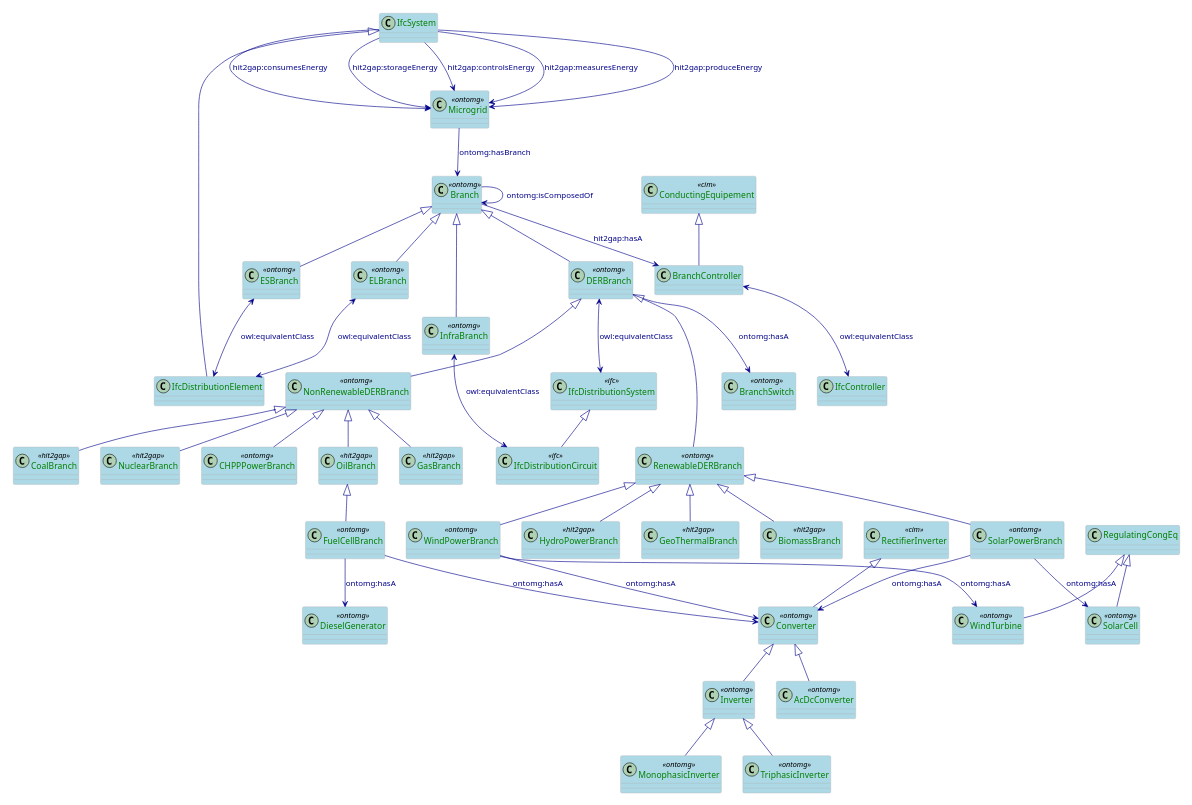
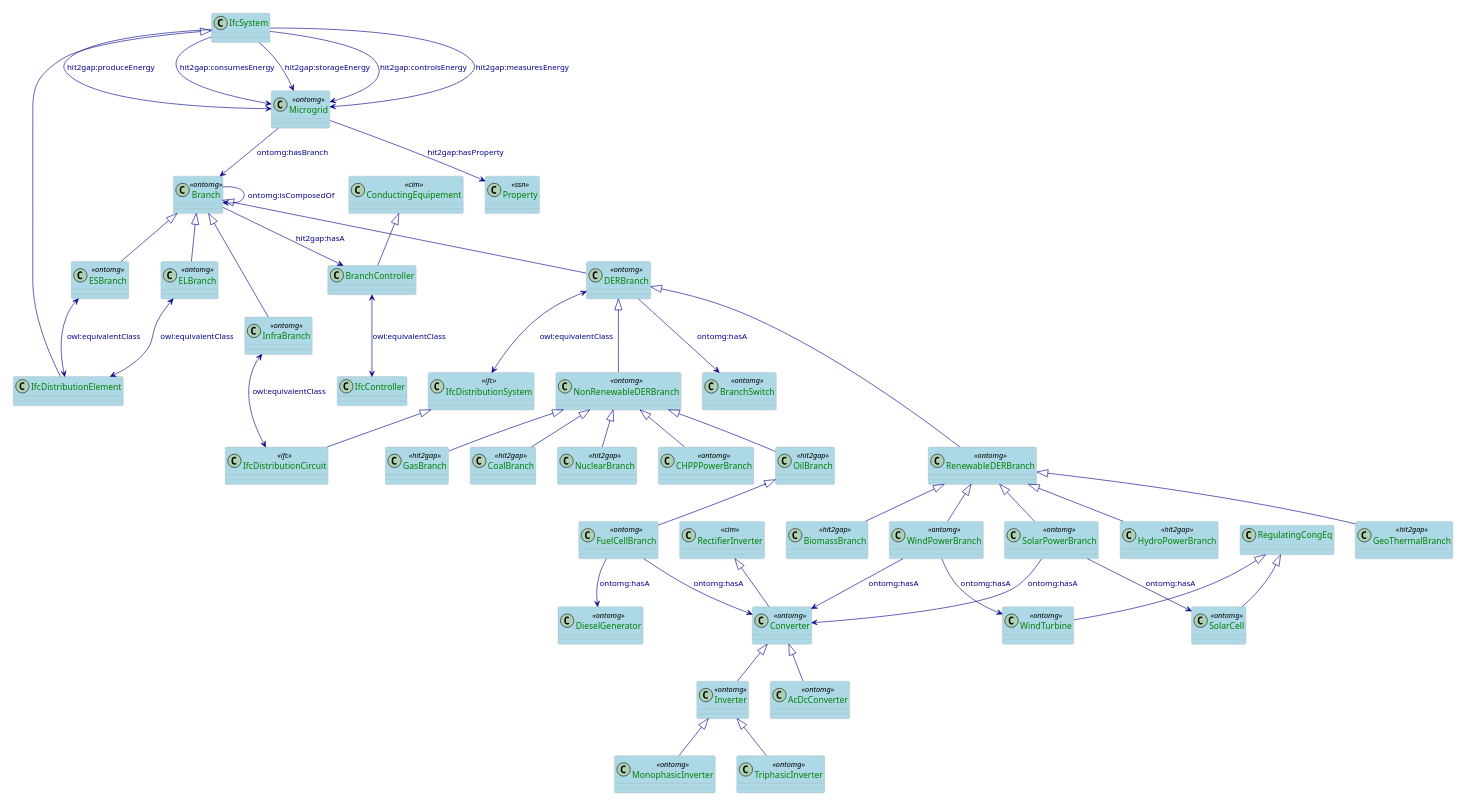
Before and after one commit to HIT2GAP-EU-PROJECT/BEMOnt: the diagram in docs/plantuml/BuildingGridDescription.puml, drawn with PlantUML. The commit also changed 6 other files, not shown here.

```diff
--- a/docs/plantuml/BuildingGridDescription.puml
+++ b/docs/plantuml/BuildingGridDescription.puml
@@ -1,121 +1,125 @@
 @startuml
 
 scale 0.5
 
 skinparam class {
   ArrowColor DarkBlue
   ArrowFontColor DarkBlue
   BackgroundColor LightBlue
   BorderColor DarkGrey
 }
 skinparam stereotypeCBackgroundColor Wheat
 skinparam classAttributeFontColor  Green
 
 /'
   Definition of microgrid part
 '/
 
 class Microgrid <<ontomg>>
 class  Branch <<ontomg>>
 class ESBranch <<ontomg>>
 class DERBranch <<ontomg>>
 class ELBranch <<ontomg>>
 class InfraBranch <<ontomg>>
 
 class BranchSwitch <<ontomg>>
 class NonRenewableDERBranch <<ontomg>>
 class RenewableDERBranch <<ontomg>>
 class SolarPowerBranch <<ontomg>>
 class WindPowerBranch <<ontomg>>
 class Converter <<ontomg>>
 class Inverter <<ontomg>>
 class AcDcConverter <<ontomg>>
 class WindTurbine <<ontomg>>
 class SolarCell <<ontomg>>
 class FuelCellBranch <<ontomg>>
 class CHPPPowerBranch <<ontomg>>
 class DieselGenerator <<ontomg>>
 class MonophasicInverter <<ontomg>>
 class TriphasicInverter <<ontomg>>
 
 class ConductingEquipement <<cim>>
 class RectifierInverter <<cim>>
 
 class HydroPowerBranch <<hit2gap>>
 class GeoThermalBranch <<hit2gap>>
 class BiomassBranch <<hit2gap>>
 class OilBranch <<hit2gap>>
 class GasBranch <<hit2gap>>
 class CoalBranch <<hit2gap>>
 class NuclearBranch <<hit2gap>>
 
 class IfcDistributionCircuit <<ifc>>
 class IfcDistributionSystem <<ifc>>
 
+class Property <<ssn>>
+
 
 /'
     Incorporation of micro-grid description to the building
 '/
+
+Microgrid --> Property: hit2gap:hasProperty
 
 Microgrid --> Branch: ontomg:hasBranch
 Branch --> Branch: ontomg:isComposedOf
 Branch <|-- ESBranch
 Branch <|-- DERBranch
 Branch <|-- ELBranch
 Branch <|-- InfraBranch
 
 Branch --> BranchController: hit2gap:hasA
 
 IfcDistributionSystem<|-- IfcDistributionCircuit
 BranchController <--> IfcController: owl:equivalentClass
 ConductingEquipement <|-- BranchController
 InfraBranch <--> IfcDistributionCircuit: owl:equivalentClass
 DERBranch <--> IfcDistributionSystem: owl:equivalentClass
 ESBranch <--> IfcDistributionElement: owl:equivalentClass
 ELBranch <--> IfcDistributionElement: owl:equivalentClass
 
 IfcSystem <|-- IfcDistributionElement
 
 DERBranch --> BranchSwitch: ontomg:hasA
 DERBranch<|-- RenewableDERBranch
 DERBranch<|-- NonRenewableDERBranch
 
 RenewableDERBranch <|-- SolarPowerBranch
 RenewableDERBranch <|-- WindPowerBranch
 RenewableDERBranch <|-- HydroPowerBranch
 RenewableDERBranch <|-- GeoThermalBranch
 RenewableDERBranch <|-- BiomassBranch
 
 SolarPowerBranch--> SolarCell: ontomg:hasA
 WindPowerBranch --> WindTurbine: ontomg:hasA
 
 RegulatingCongEq <|-- WindTurbine
 RegulatingCongEq <|-- SolarCell
 
 SolarPowerBranch --> Converter: ontomg:hasA
 WindPowerBranch --> Converter: ontomg:hasA
 
 RectifierInverter <|-- Converter
 Converter <|-- Inverter
 Converter <|-- AcDcConverter
 
 Inverter <|-- MonophasicInverter
 Inverter <|-- TriphasicInverter
 
 
 NonRenewableDERBranch <|-- OilBranch
 NonRenewableDERBranch <|-- GasBranch
 NonRenewableDERBranch <|-- CoalBranch
 NonRenewableDERBranch <|-- NuclearBranch
 OilBranch <|-- FuelCellBranch
 NonRenewableDERBranch <|-- CHPPPowerBranch
 
 FuelCellBranch --> Converter: ontomg:hasA
 FuelCellBranch --> DieselGenerator: ontomg:hasA
 
 IfcSystem --> Microgrid: hit2gap:produceEnergy
 IfcSystem --> Microgrid: hit2gap:consumesEnergy
 IfcSystem --> Microgrid: hit2gap:storageEnergy
 IfcSystem --> Microgrid: hit2gap:controlsEnergy
 IfcSystem --> Microgrid: hit2gap:measuresEnergy
 @enduml
```
